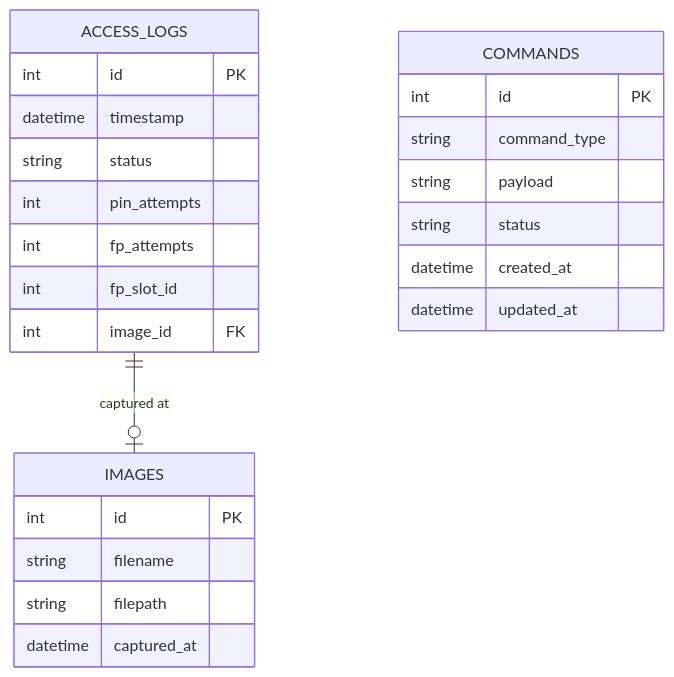
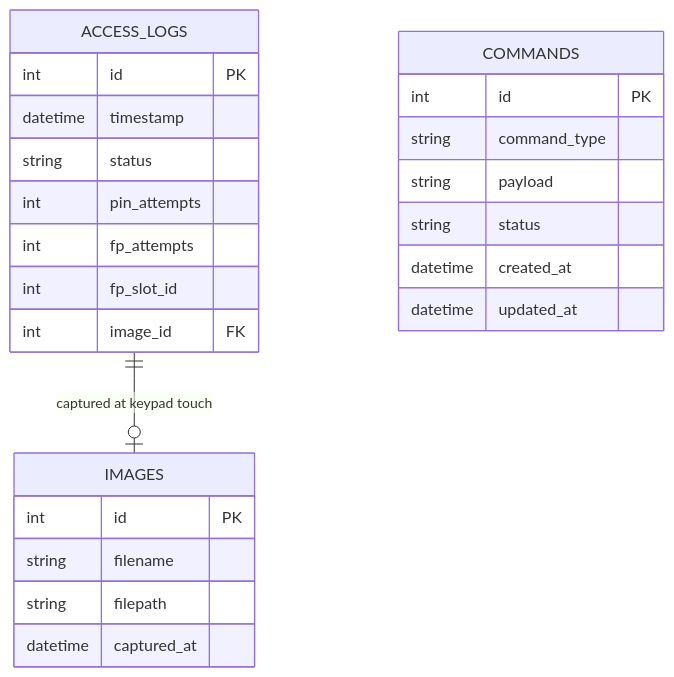
The third of 5 diagrams in spec.md (kingksjo/safe-lock), drawn with Mermaid before and after one commit. The commit also changed other lines of this file and 6 other files, not shown here.

Commit message:
feat: implement frontend authentication flow with setup and password modal components

````diff
--- a/spec.md
+++ b/spec.md
@@ -160,27 +160,27 @@
 ```mermaid
 erDiagram
     ACCESS_LOGS {
         int id PK
         datetime timestamp
         string status
         int pin_attempts
         int fp_attempts
         int fp_slot_id
         int image_id FK
     }
     IMAGES {
         int id PK
         string filename
         string filepath
         datetime captured_at
     }
     COMMANDS {
         int id PK
         string command_type
         string payload
         string status
         datetime created_at
         datetime updated_at
     }
-    ACCESS_LOGS ||--o| IMAGES : "captured at"
+    ACCESS_LOGS ||--o| IMAGES : "captured at keypad touch"
 ```
````
